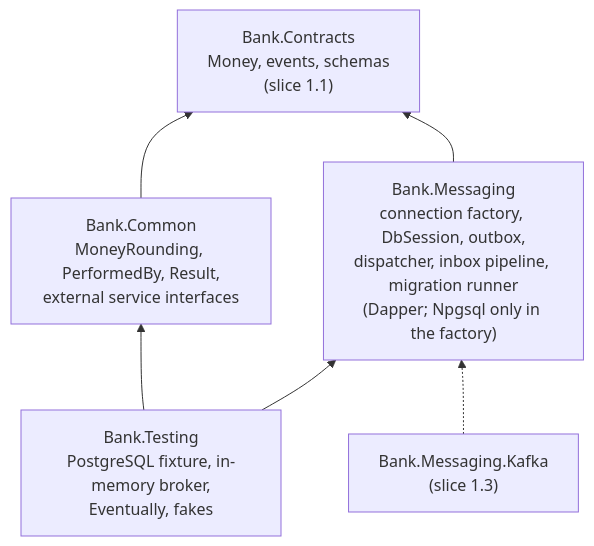
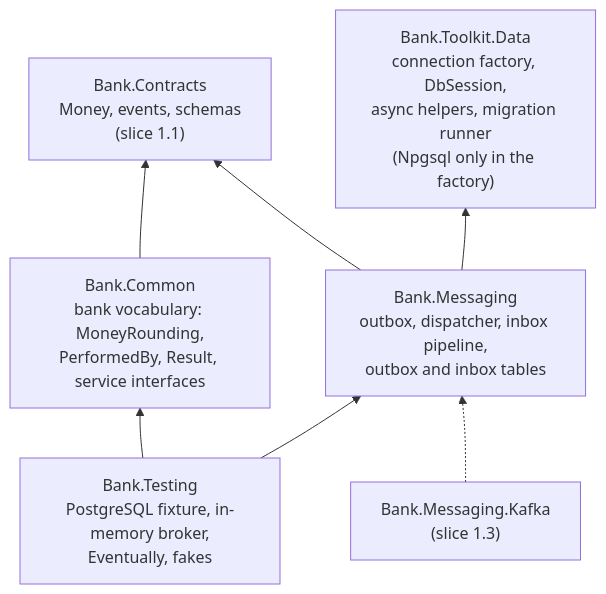
Before and after one commit to majid-sharif-soleimani/banking_demo: the second of 7 diagrams in docs/learning/stage-1/slice-1.2.md, drawn with Mermaid. The commit also changed other lines of this file and 36 other files, not shown here.

First line of the commit message:
refactor: move data access into the new Bank.Toolkit.Data package

````diff
--- a/docs/learning/stage-1/slice-1.2.md
+++ b/docs/learning/stage-1/slice-1.2.md
@@ -82,12 +85,14 @@
 ```mermaid
 flowchart BT
     C["Bank.Contracts<br/>Money, events, schemas<br/>(slice 1.1)"]
-    CO["Bank.Common<br/>MoneyRounding, PerformedBy, Result,<br/>external service interfaces"]
-    M["Bank.Messaging<br/>connection factory, DbSession, outbox,<br/>dispatcher, inbox pipeline, migration runner<br/>(Dapper; Npgsql only in the factory)"]
+    CO["Bank.Common<br/>bank vocabulary: MoneyRounding,<br/>PerformedBy, Result, service interfaces"]
+    TD["Bank.Toolkit.Data<br/>connection factory, DbSession,<br/>async helpers, migration runner<br/>(Npgsql only in the factory)"]
+    M["Bank.Messaging<br/>outbox, dispatcher, inbox pipeline,<br/>outbox and inbox tables"]
     T["Bank.Testing<br/>PostgreSQL fixture, in-memory broker,<br/>Eventually, fakes"]
     CO --> C
     M --> C
+    M --> TD
     T --> CO
     T --> M
     K["Bank.Messaging.Kafka<br/>(slice 1.3)"] -.-> M
 ```
````
